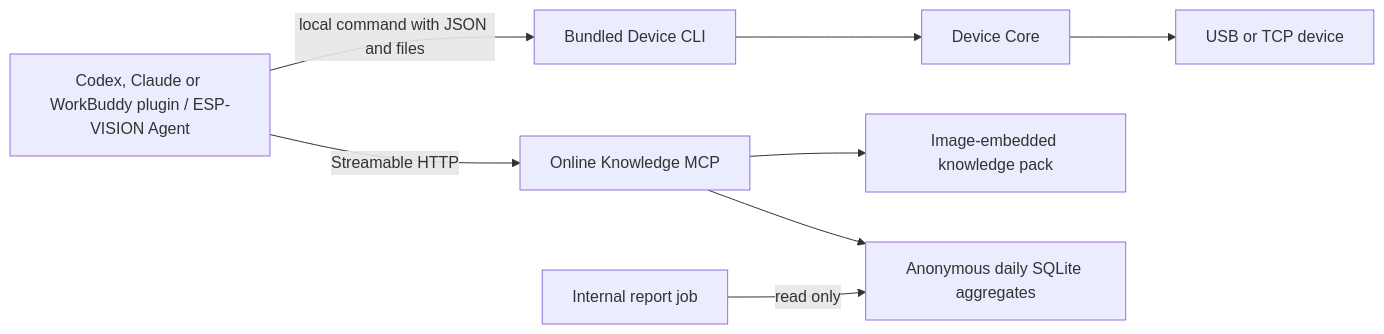
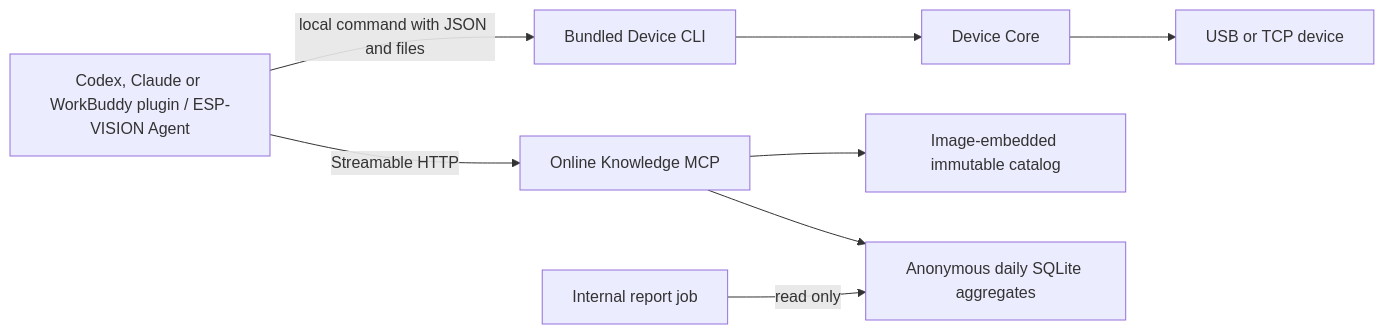
The first of 2 diagrams in docs/mcp-release.md (espressif/esp-vision), drawn with Mermaid before and after one commit. The commit also changed other lines of this file and 55 other files, not shown here.

````diff
--- a/docs/mcp-release.md
+++ b/docs/mcp-release.md
@@ -5,10 +5,10 @@
 ```mermaid
 flowchart LR
     Client[Codex, Claude or WorkBuddy plugin / ESP-VISION Agent] -->|Streamable HTTP| Knowledge[Online Knowledge MCP]
     Client -->|local command with JSON and files| Device[Bundled Device CLI]
     Device --> Core[Device Core]
     Core --> Board[USB or TCP device]
-    Knowledge --> Pack[Image-embedded knowledge pack]
+    Knowledge --> Pack[Image-embedded immutable catalog]
     Knowledge --> Stats[Anonymous daily SQLite aggregates]
     Operator[Internal report job] -->|read only| Stats
 ```
````
